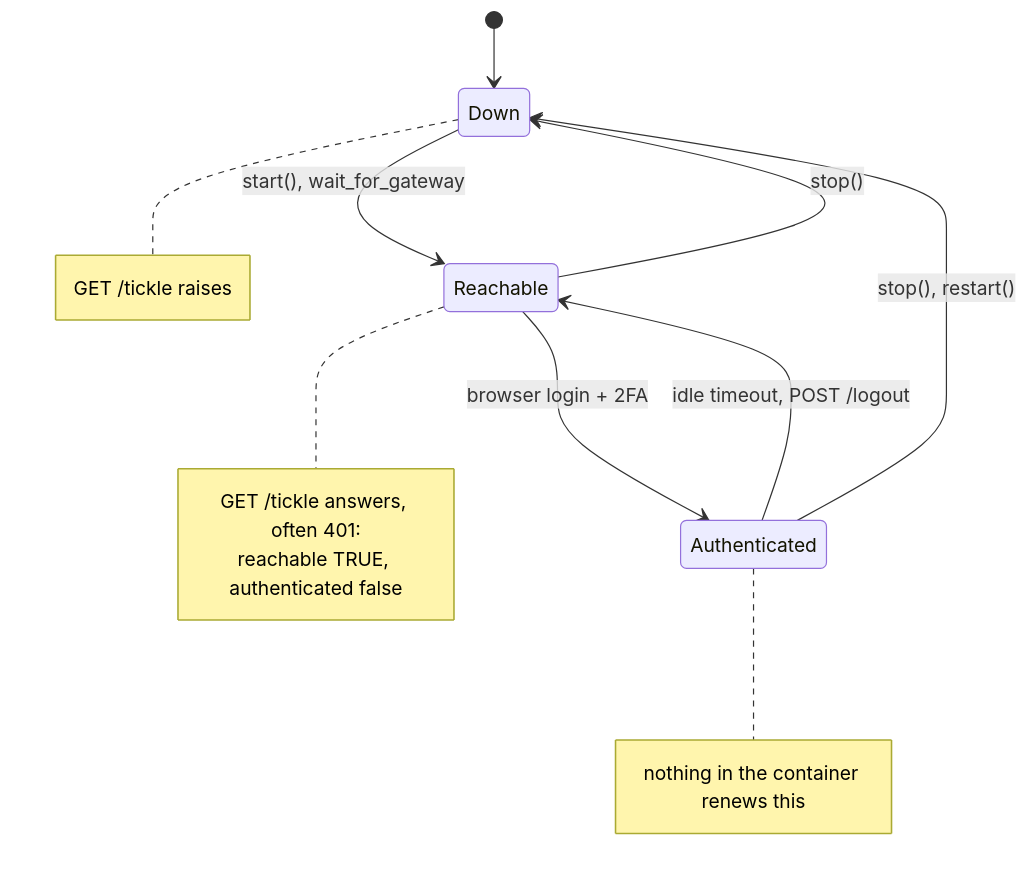
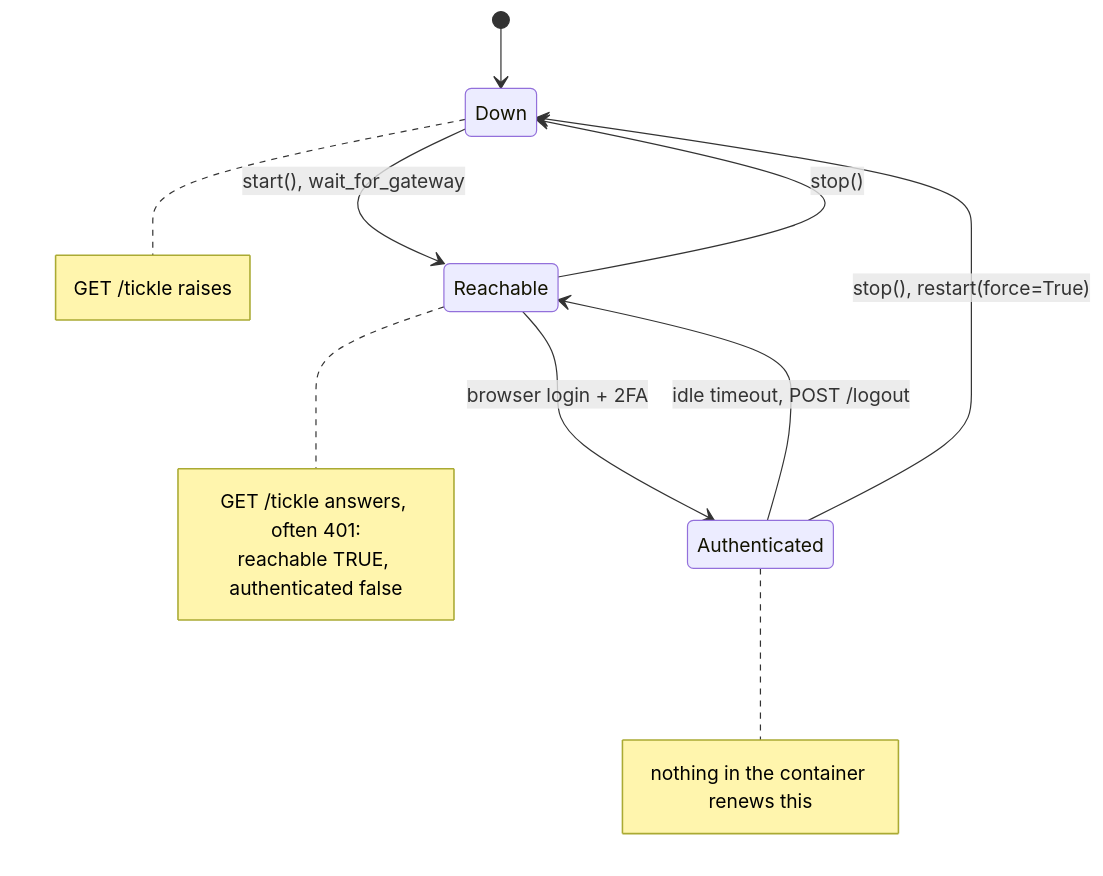
Before and after one commit to stephus182/ibkr_core_mcp: the second of 3 diagrams in docs/gateway-auth-reference.md, drawn with Mermaid. The commit also changed other lines of this file and 7 other files, not shown here.

````diff
--- a/docs/gateway-auth-reference.md
+++ b/docs/gateway-auth-reference.md
@@ -127,20 +133,20 @@
 ```mermaid
 stateDiagram-v2
     [*] --> Down
     Down --> Reachable: start(), wait_for_gateway
     Reachable --> Authenticated: browser login + 2FA
     Authenticated --> Reachable: idle timeout, POST /logout
     Reachable --> Down: stop()
-    Authenticated --> Down: stop(), restart()
+    Authenticated --> Down: stop(), restart(force=True)
 
     note right of Down
         GET /tickle raises
     end note
     note right of Reachable
         GET /tickle answers, often 401:
         reachable TRUE, authenticated false
     end note
     note right of Authenticated
         nothing in the container renews this
     end note
 ```
````
